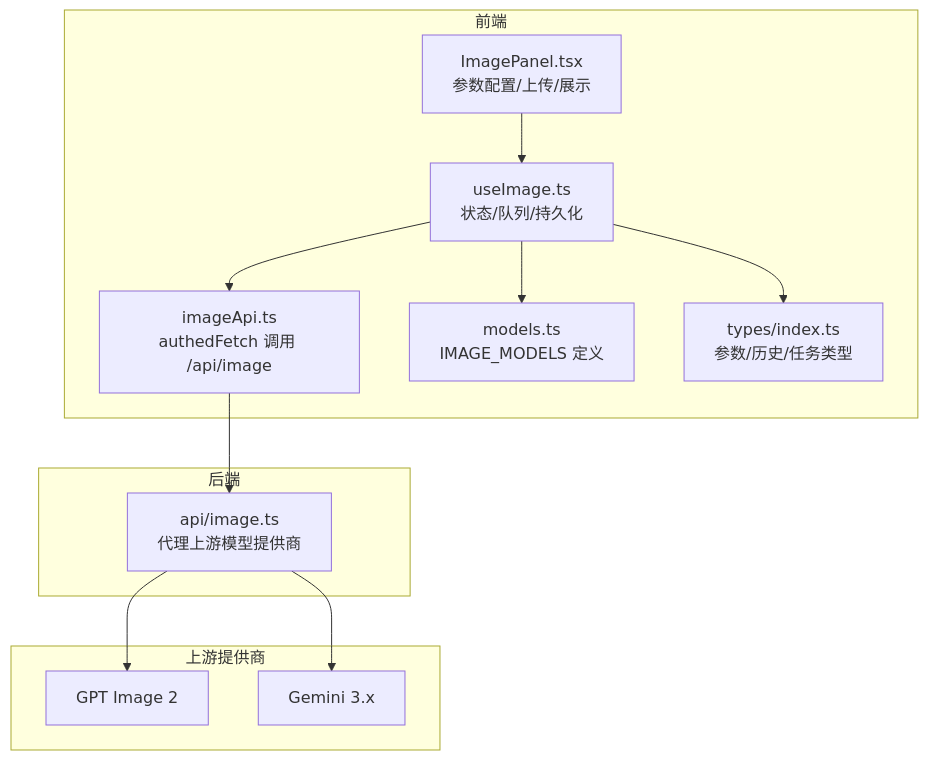
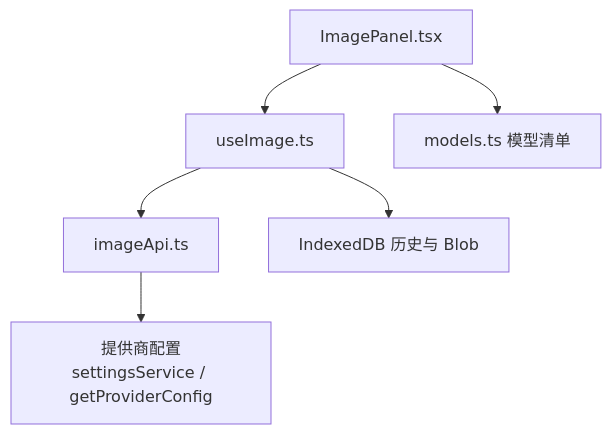
One commit to billye220670/AIShop changed the first of 6 diagrams in .qoder/repowiki/zh/content/图像生成功能/图像生成功能.md. Above: the diagram before and after it, drawn with Mermaid. The commit also changed other lines of this file and 135 other files, not shown here.

````diff
--- a/.qoder/repowiki/zh/content/图像生成功能/图像生成功能.md
+++ b/.qoder/repowiki/zh/content/图像生成功能/图像生成功能.md
@@ -42,24 +37,8 @@
 ```mermaid
 graph TB
-subgraph "前端"
-UI["ImagePanel.tsx<br/>参数配置/上传/展示"]
-Hook["useImage.ts<br/>状态/队列/持久化"]
-Svc["imageApi.ts<br/>authedFetch 调用 /api/image"]
-Cfg["models.ts<br/>IMAGE_MODELS 定义"]
-Types["types/index.ts<br/>参数/历史/任务类型"]
-end
-subgraph "后端"
-API["api/image.ts<br/>代理上游模型提供商"]
-end
-subgraph "上游提供商"
-GPT["GPT Image 2"]
-GEM["Gemini 3.x"]
-end
-UI --> Hook
-Hook --> Svc
-Svc --> API
-API --> GPT
-API --> GEM
-Hook --> Cfg
-Hook --> Types
+UI["ImagePanel.tsx"] --> Hook["useImage.ts"]
+Hook --> API["imageApi.ts"]
+API --> Provider["提供商配置<br/>settingsService / getProviderConfig"]
+Hook --> DB["IndexedDB 历史与 Blob"]
+UI --> Models["models.ts 模型清单"]
 ```
````
